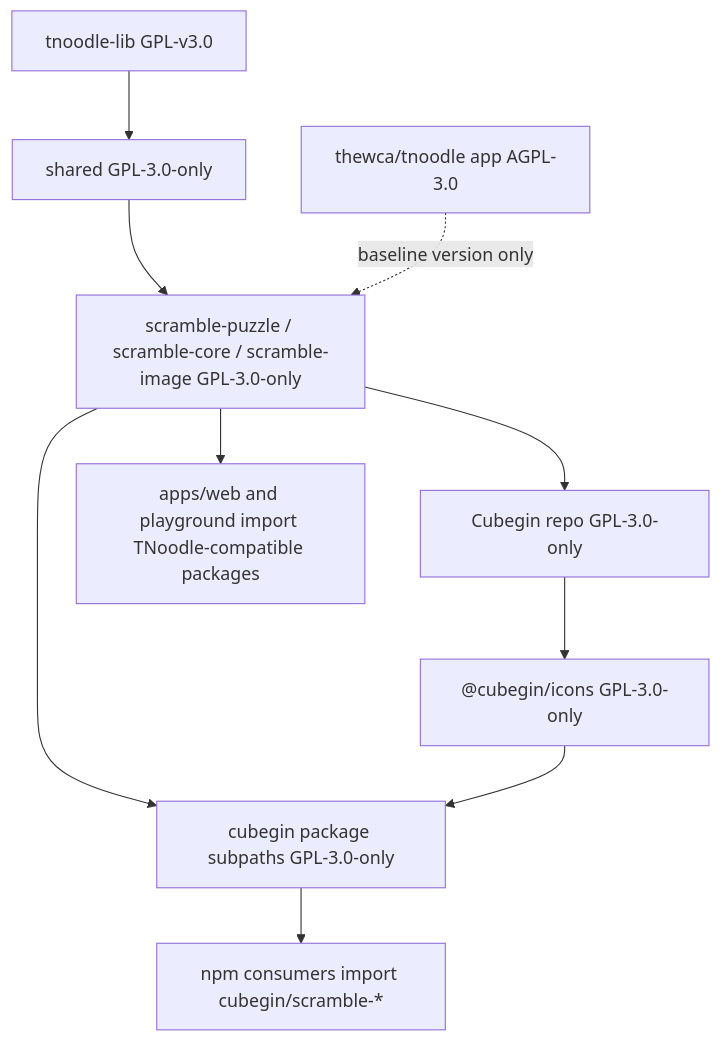
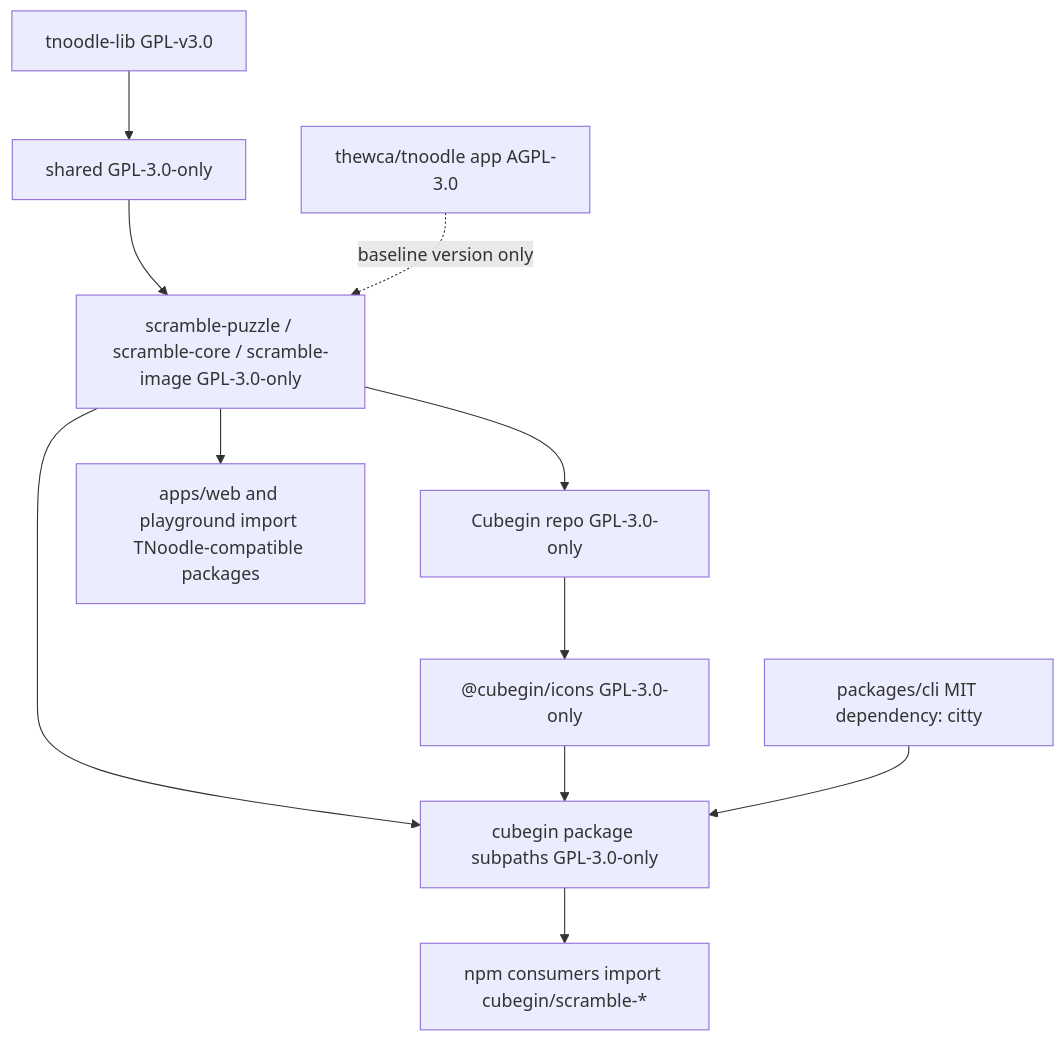
One commit to deweyou/cube-kit changed the diagram in docs/dependency-licensing.md. Above: the diagram before and after it, drawn with Mermaid. The commit also changed other lines of this file and 28 other files, not shown here.

````diff
--- a/docs/dependency-licensing.md
+++ b/docs/dependency-licensing.md
@@ -3,13 +3,14 @@
 ```mermaid
 flowchart TD
     TnoodleLib["tnoodle-lib GPL-v3.0"] --> SharedPkg["shared GPL-3.0-only"]
     SharedPkg --> NewPackages["scramble-puzzle / scramble-core / scramble-image GPL-3.0-only"]
     RepoLicense --> Icons["@cubegin/icons GPL-3.0-only"]
     NewPackages --> PublicPackage["cubegin package subpaths GPL-3.0-only"]
     Icons --> PublicPackage
+    Cli["packages/cli MIT dependency: citty"] --> PublicPackage
     NewPackages --> RepoLicense
     NewPackages --> Apps["apps/web and playground import TNoodle-compatible packages"]
     PublicPackage --> NpmConsumers["npm consumers import cubegin/scramble-*"]
     RepoLicense["Cubegin repo GPL-3.0-only"]
     TnoodleApp["thewca/tnoodle app AGPL-3.0"] -. "baseline version only" .-> NewPackages
 ```
````
